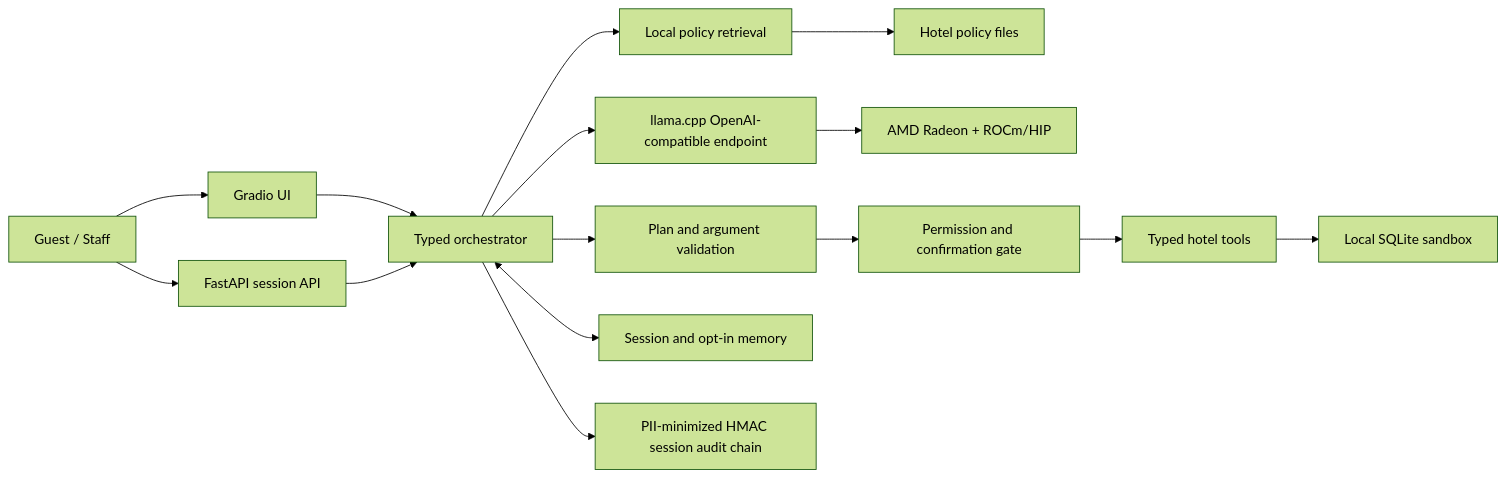
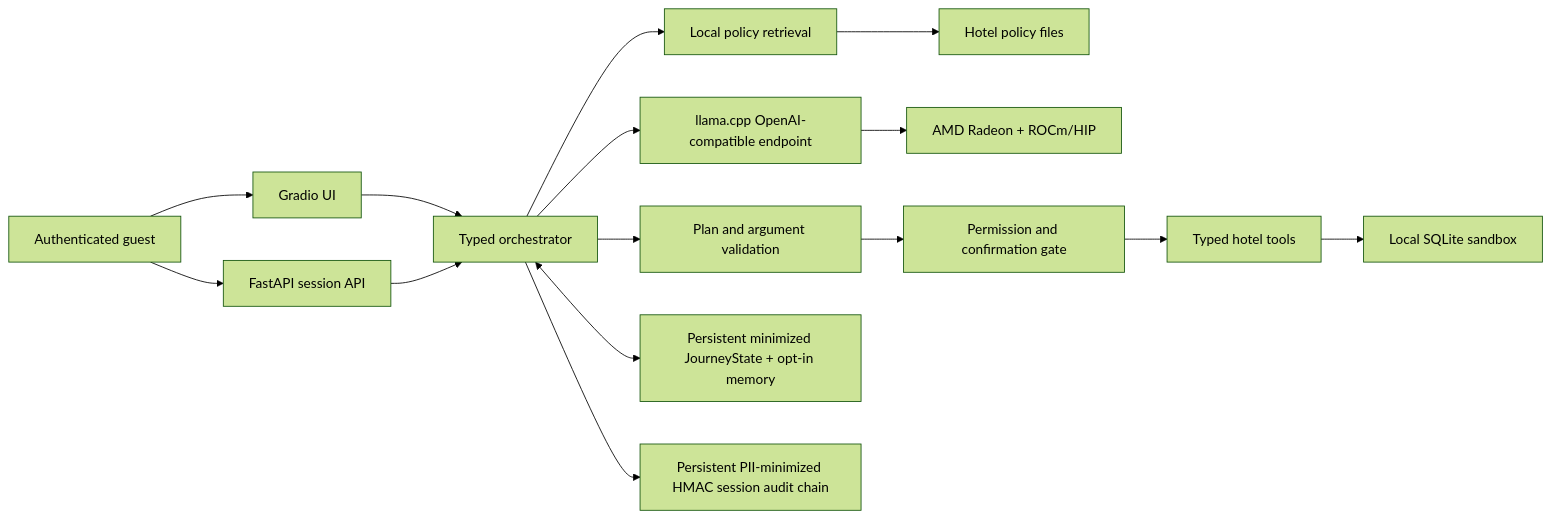
One commit to AMD-DEV-CONTEST/Radeon-hackathon-2026-07 changed the diagram in submissions/track2-radeonstay/README.md. Above: the diagram before and after it, drawn with Mermaid (forest theme). The commit also changed other lines of this file and 64 other files, not shown here.

````diff
--- a/submissions/track2-radeonstay/README.md
+++ b/submissions/track2-radeonstay/README.md
@@ -67,17 +157,17 @@
 ```mermaid
 flowchart LR
-    U["Guest / Staff"] --> UI["Gradio UI"]
+    U["Authenticated guest"] --> UI["Gradio UI"]
     U --> API["FastAPI session API"]
     UI --> O["Typed orchestrator"]
     API --> O["Typed orchestrator"]
     O --> R["Local policy retrieval"]
     R --> K["Hotel policy files"]
     O --> L["llama.cpp OpenAI-compatible endpoint"]
     L --> G["AMD Radeon + ROCm/HIP"]
     O --> V["Plan and argument validation"]
     V --> P["Permission and confirmation gate"]
     P --> T["Typed hotel tools"]
     T --> D["Local SQLite sandbox"]
-    O <--> M["Session and opt-in memory"]
-    O --> A["PII-minimized HMAC session audit chain"]
+    O <--> M["Persistent minimized JourneyState + opt-in memory"]
+    O --> A["Persistent PII-minimized HMAC session audit chain"]
 ```
````
